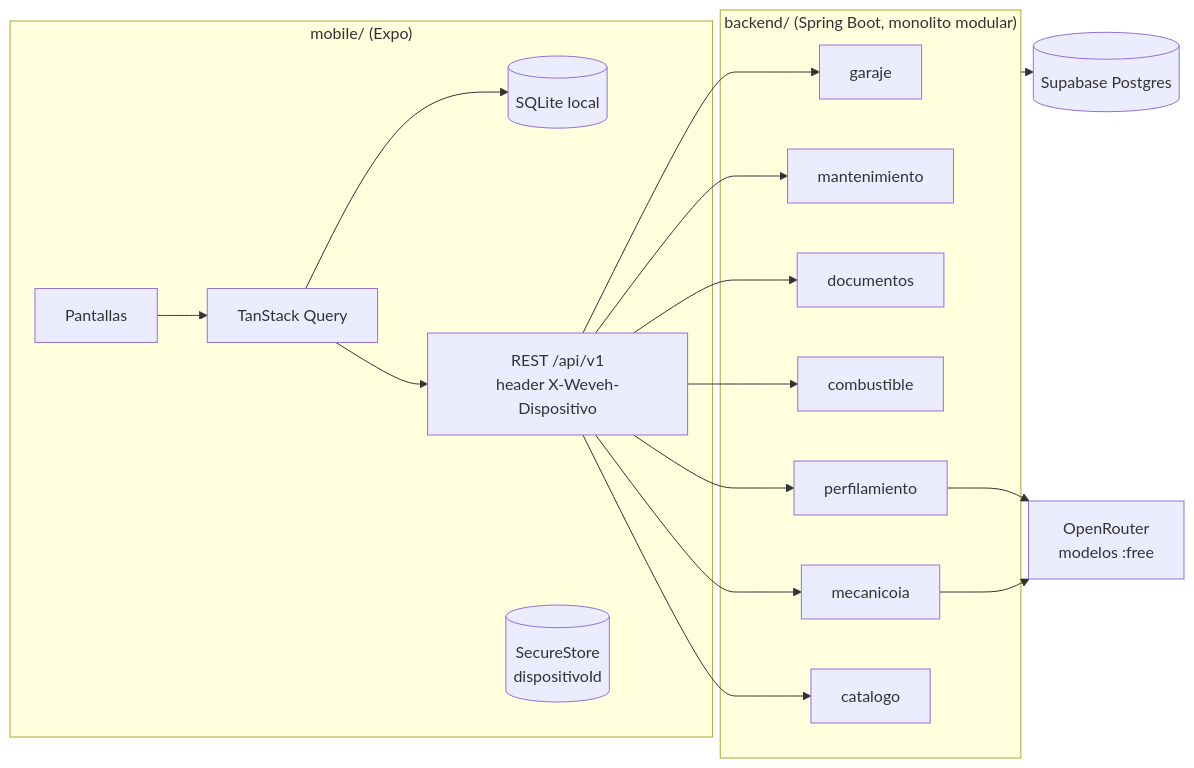
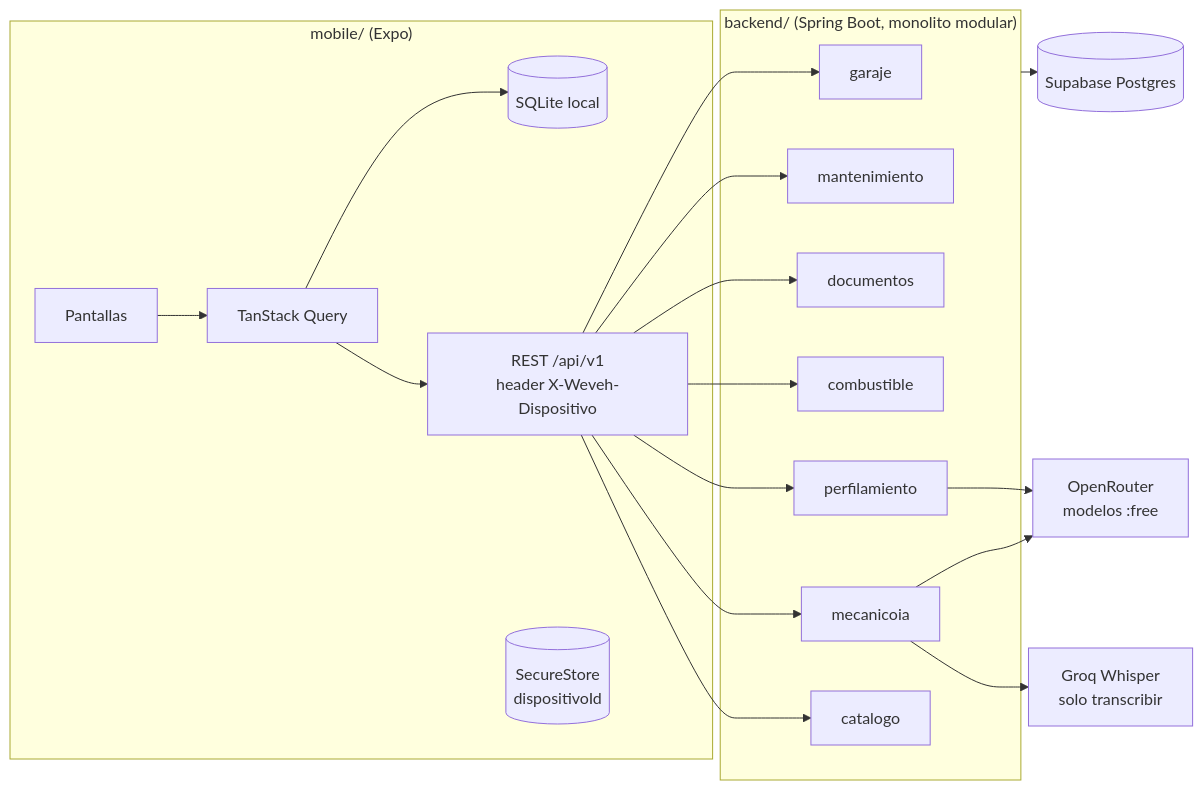
One commit to PaLuRoBu0809/WEVEH-CAR-ASSISTANT changed the diagram in plugins/weveh-dev/skills/arquitectura/SKILL.md. Above: the diagram before and after it, drawn with Mermaid. The commit also changed other lines of this file and 9 other files, not shown here.

````diff
--- a/plugins/weveh-dev/skills/arquitectura/SKILL.md
+++ b/plugins/weveh-dev/skills/arquitectura/SKILL.md
@@ -12,25 +14,27 @@
 ```mermaid
 flowchart LR
   subgraph Movil["mobile/ (Expo)"]
     UI["Pantallas"] --> Q["TanStack Query"]
     Q --> SQL[("SQLite local")]
     Q --> API
     SS[("SecureStore<br/>dispositivoId")]
   end
   subgraph Backend["backend/ (Spring Boot, monolito modular)"]
     API["REST /api/v1<br/>header X-Weveh-Dispositivo"]
     GAR["garaje"]
     MAN["mantenimiento"]
     DOC["documentos"]
     COM["combustible"]
     PER["perfilamiento"]
     MIA["mecanicoia"]
     CAT["catalogo"]
     API --> GAR & MAN & DOC & COM & PER & MIA & CAT
   end
   PG[("Supabase Postgres")]
   LLM["OpenRouter<br/>modelos :free"]
+  GROQ["Groq Whisper<br/>solo transcribir"]
   Backend --> PG
   PER --> LLM
   MIA --> LLM
+  MIA --> GROQ
 ```
````
